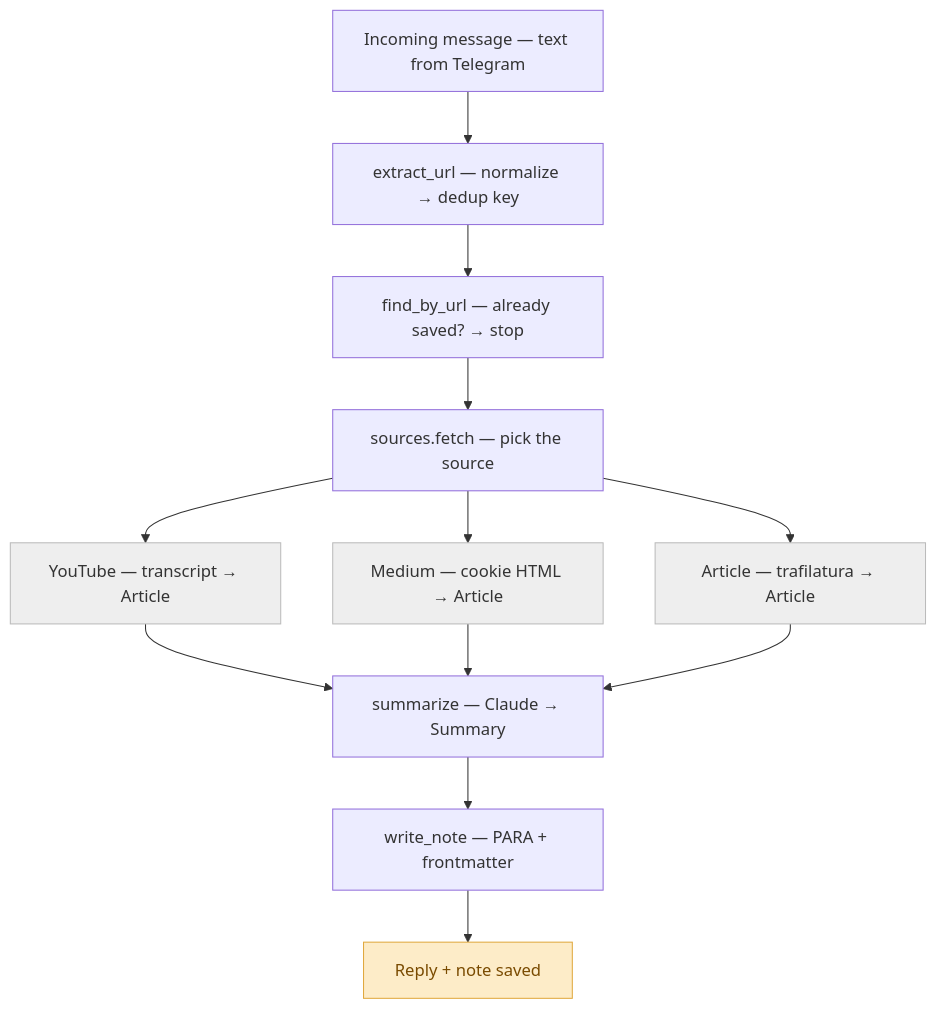
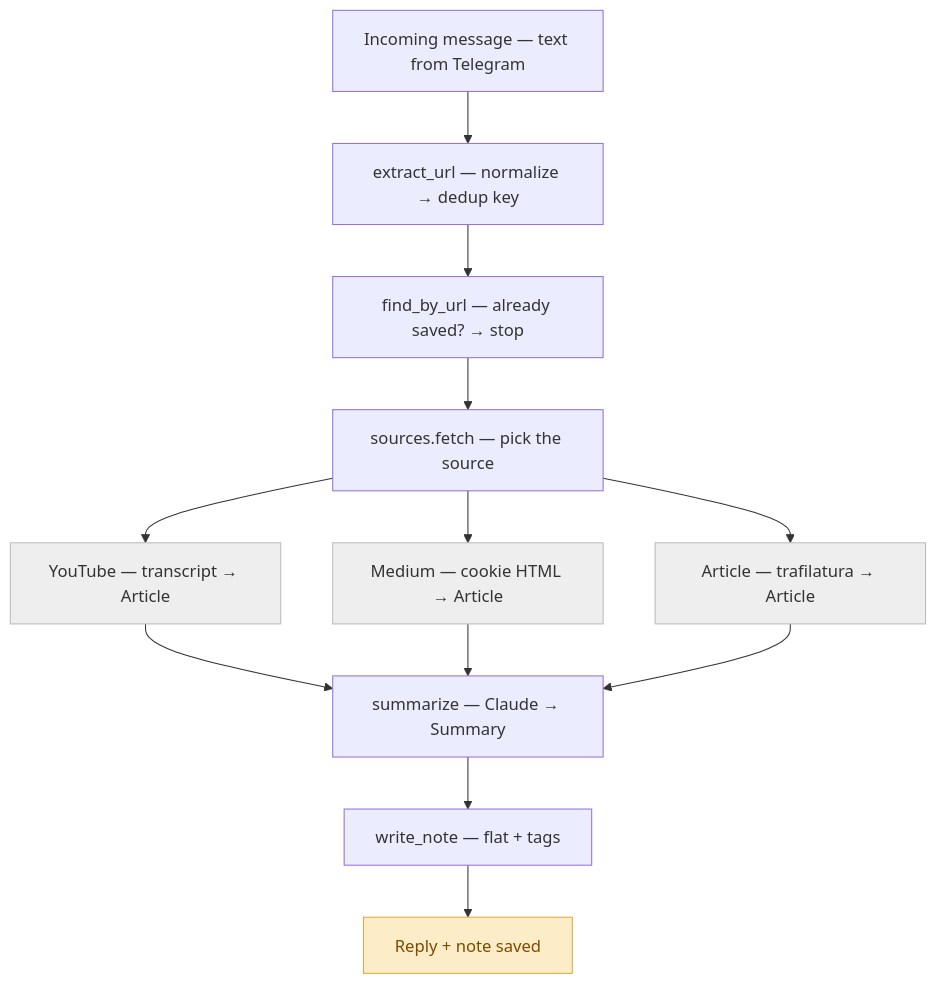
One commit to rhuanca/example-second-brain changed the second of 2 diagrams in README.md. Above: the diagram before and after it, drawn with Mermaid. The commit also changed other lines of this file and 14 other files, not shown here.

Commit message:
refactor: flat tag-based vault, retire PARA

````diff
--- a/README.md
+++ b/README.md
@@ -132,19 +133,19 @@
 ```mermaid
 flowchart TD
     msg["Incoming message — text from Telegram"] --> extract["extract_url — normalize → dedup key"]
     extract --> dedup["find_by_url — already saved? → stop"]
     dedup --> dispatch["sources.fetch — pick the source"]
     dispatch --> yt["YouTube — transcript → Article"]
     dispatch --> md["Medium — cookie HTML → Article"]
     dispatch --> art["Article — trafilatura → Article"]
     yt --> sum["summarize — Claude → Summary"]
     md --> sum
     art --> sum
-    sum --> write["write_note — PARA + frontmatter"]
+    sum --> write["write_note — flat + tags"]
     write --> done["Reply + note saved"]
 
     classDef focal fill:#fdecc8,stroke:#e0a93f,color:#7a4b00;
     classDef ext fill:#eeeeee,stroke:#bbbbbb,color:#333333;
     class done focal;
     class yt,md,art ext;
 ```
````
